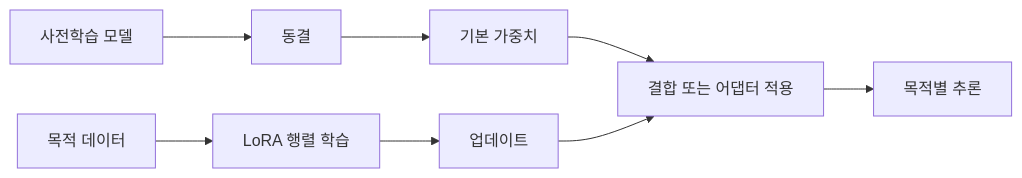
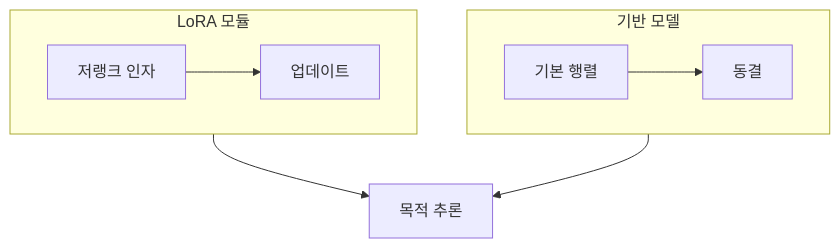
Before and after one commit to umyunsang/edu: the diagram in ComputerScience/03_ai-ml-data/generative-ai-fine-tuning/notes/40. LoRA와 파라미터 효율 미세조정.md, drawn with Mermaid. The commit also changed other lines of this file, not shown here.

````diff
--- a/ComputerScience/03_ai-ml-data/generative-ai-fine-tuning/notes/40. LoRA와 파라미터 효율 미세조정.md
+++ b/ComputerScience/03_ai-ml-data/generative-ai-fine-tuning/notes/40. LoRA와 파라미터 효율 미세조정.md
@@ -63,10 +23,13 @@
 ```mermaid
-flowchart LR
-    A["사전학습 모델"] --> B["동결"]
-    C["목적 데이터"] --> D["LoRA 행렬 학습"]
-    B --> E["기본 가중치"]
-    D --> F["업데이트"]
-    E --> G["결합 또는 어댑터 적용"]
-    F --> G
-    G --> H["목적별 추론"]
+flowchart TB
+    subgraph Base[기반 모델]
+        direction LR
+        W[기본 행렬] --> F[동결]
+    end
+    subgraph Adapter[LoRA 모듈]
+        direction LR
+        A[저랭크 인자] --> U[업데이트]
+    end
+    F --> I[목적 추론]
+    U --> I
 ```
````
